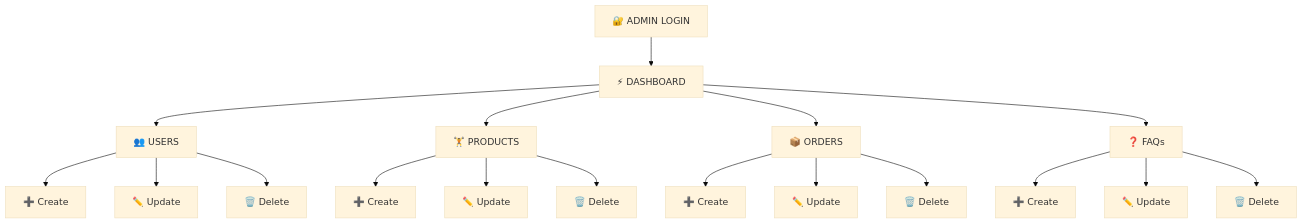
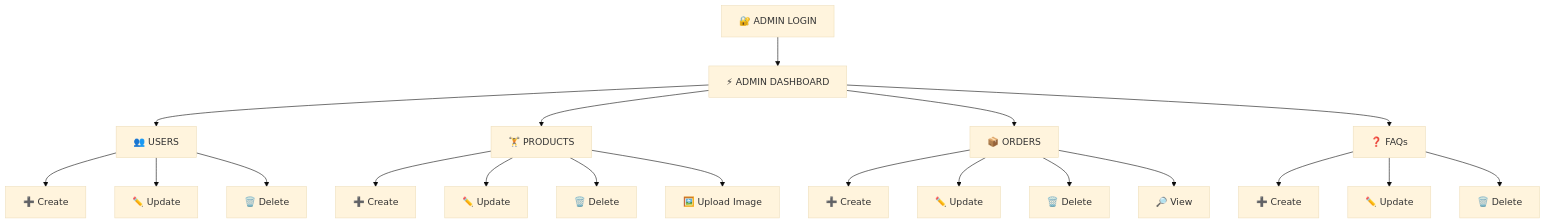
The fourth of 10 diagrams in README.md (Ahamed369/HealthForge-Fitness-Web-Application), drawn with Mermaid (base theme) before and after one commit. The commit also changed other lines of this file, not shown here.

````diff
--- a/README.md
+++ b/README.md
@@ -206,26 +377,31 @@
 ```mermaid
 flowchart TB
 
-    LOGIN["🔐 ADMIN LOGIN"] --> DASH["⚡ DASHBOARD"]
+    LOGIN["🔐 ADMIN LOGIN"]
+    DASH["⚡ ADMIN DASHBOARD"]
 
-    DASH --> U["👥 USERS"]
-    DASH --> P["🏋️ PRODUCTS"]
-    DASH --> O["📦 ORDERS"]
-    DASH --> F["❓ FAQs"]
+    LOGIN --> DASH
 
-    U --> U1["➕ Create"]
-    U --> U2["✏️ Update"]
-    U --> U3["🗑️ Delete"]
+    DASH --> USERS["👥 USERS"]
+    DASH --> PRODUCTS["🏋️ PRODUCTS"]
+    DASH --> ORDERS["📦 ORDERS"]
+    DASH --> FAQ["❓ FAQs"]
 
-    P --> P1["➕ Create"]
-    P --> P2["✏️ Update"]
-    P --> P3["🗑️ Delete"]
+    USERS --> UC["➕ Create"]
+    USERS --> UU["✏️ Update"]
+    USERS --> UD["🗑️ Delete"]
 
-    O --> O1["➕ Create"]
-    O --> O2["✏️ Update"]
-    O --> O3["🗑️ Delete"]
+    PRODUCTS --> PC["➕ Create"]
+    PRODUCTS --> PU["✏️ Update"]
+    PRODUCTS --> PD["🗑️ Delete"]
+    PRODUCTS --> PI["🖼️ Upload Image"]
 
-    F --> F1["➕ Create"]
-    F --> F2["✏️ Update"]
-    F --> F3["🗑️ Delete"]
+    ORDERS --> OC["➕ Create"]
+    ORDERS --> OU["✏️ Update"]
+    ORDERS --> OD["🗑️ Delete"]
+    ORDERS --> OV["🔎 View"]
+
+    FAQ --> FC["➕ Create"]
+    FAQ --> FU["✏️ Update"]
+    FAQ --> FD["🗑️ Delete"]
 ```
````
